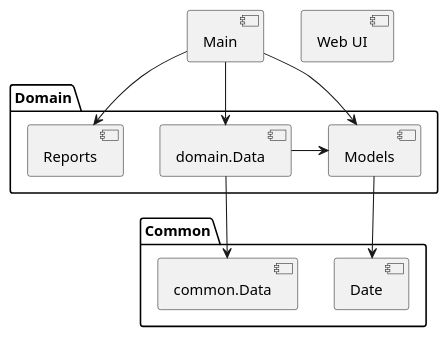
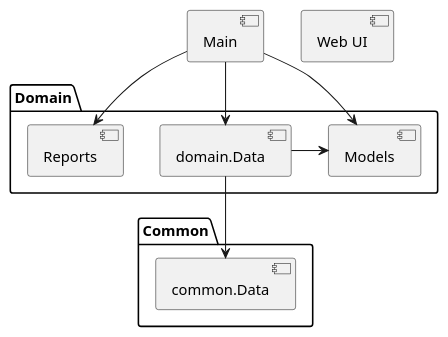
Before and after one commit to undiscoveredWorld/finance_plan: the diagram in docs/aim/model.puml, drawn with PlantUML. The commit also changed 14 other files, not shown here.

```diff
--- a/docs/aim/model.puml
+++ b/docs/aim/model.puml
@@ -1,25 +1,23 @@
 @startuml component
 
 package Common {
     component [common.Data]
-    component [Date]
 }
 
 package Domain {
     component [Models]
     component [domain.Data]
     component [Reports]
 }
 
 component [Web UI]
 component [Main]
 
 
 [Main] -down-> [Models]
 [Main] -down-> [Reports]
 [Main] -down-> [domain.Data]
 [domain.Data] -down-> [common.Data]
 [domain.Data] -> [Models]
-[Models] -down-> [Date]
 
 @enduml
```
